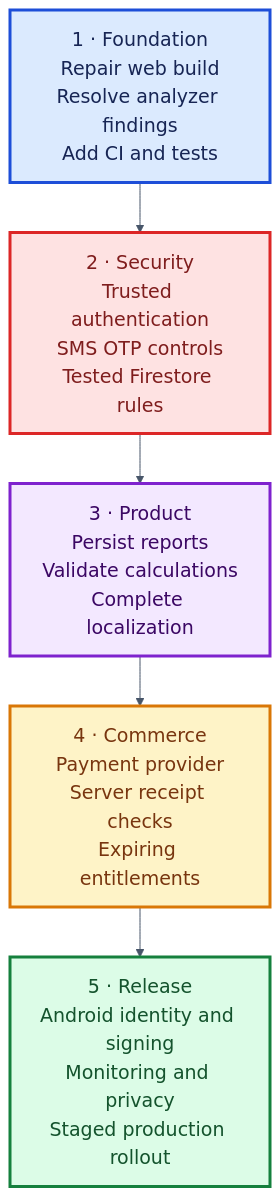
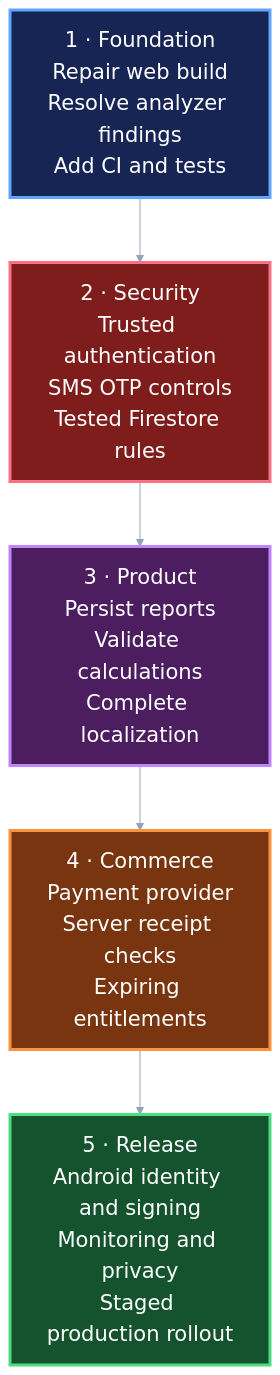
Before and after one commit to Rihabz1/Swarnakar: the eighth of 8 diagrams in README.md, drawn with Mermaid. The commit also changed other lines of this file and 32 other files, not shown here.

```diff
--- a/README.md
+++ b/README.md
@@ -633,22 +651,22 @@
 ~~~mermaid
-%%{init: {"theme":"base","themeVariables":{"darkMode":false,"background":"#FFFFFF","fontSize":"19px","fontFamily":"Arial","textColor":"#111827","primaryTextColor":"#111827","secondaryTextColor":"#111827","tertiaryTextColor":"#111827","lineColor":"#475569","edgeLabelBackground":"#FFFFFF","clusterTextColor":"#111827","titleColor":"#111827"}}}%%
+%%{init: {"theme":"base","flowchart":{"curve":"basis","nodeSpacing":55,"rankSpacing":65},"themeVariables":{"background":"#0D1117","fontSize":"21px","fontFamily":"Arial","textColor":"#F8FAFC","primaryTextColor":"#F8FAFC","secondaryTextColor":"#F8FAFC","tertiaryTextColor":"#F8FAFC","lineColor":"#94A3B8","edgeLabelBackground":"#111827","clusterTextColor":"#F8FAFC"}}}%%
 flowchart TB
     Foundation["1 · Foundation<br/>Repair web build<br/>Resolve analyzer findings<br/>Add CI and tests"]
     Security["2 · Security<br/>Trusted authentication<br/>SMS OTP controls<br/>Tested Firestore rules"]
     Product["3 · Product<br/>Persist reports<br/>Validate calculations<br/>Complete localization"]
     Commerce["4 · Commerce<br/>Payment provider<br/>Server receipt checks<br/>Expiring entitlements"]
     Release["5 · Release<br/>Android identity and signing<br/>Monitoring and privacy<br/>Staged production rollout"]
 
     Foundation --> Security --> Product --> Commerce --> Release
 
-    classDef foundation fill:#DBEAFE,stroke:#1D4ED8,color:#172554,stroke-width:3px;
-    classDef security fill:#FEE2E2,stroke:#DC2626,color:#7F1D1D,stroke-width:3px;
-    classDef product fill:#F3E8FF,stroke:#7E22CE,color:#3B0764,stroke-width:3px;
-    classDef commerce fill:#FEF3C7,stroke:#D97706,color:#78350F,stroke-width:3px;
-    classDef release fill:#DCFCE7,stroke:#15803D,color:#14532D,stroke-width:3px;
+    classDef foundation fill:#172554,stroke:#60A5FA,color:#FFFFFF,stroke-width:3px;
+    classDef security fill:#7F1D1D,stroke:#FB7185,color:#FFFFFF,stroke-width:3px;
+    classDef product fill:#4C1D5F,stroke:#C084FC,color:#FFFFFF,stroke-width:3px;
+    classDef commerce fill:#78350F,stroke:#FB923C,color:#FFFFFF,stroke-width:3px;
+    classDef release fill:#14532D,stroke:#4ADE80,color:#FFFFFF,stroke-width:3px;
     class Foundation foundation;
     class Security security;
     class Product product;
     class Commerce commerce;
     class Release release;
 ~~~
```
